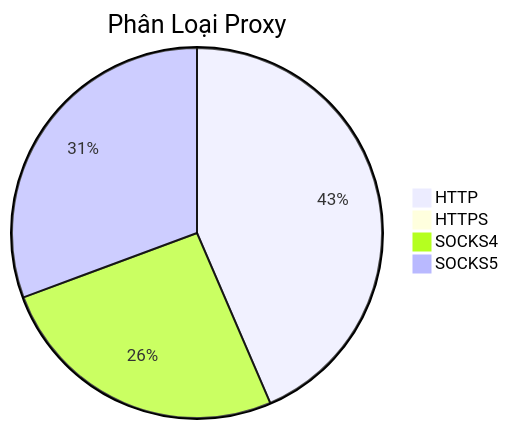
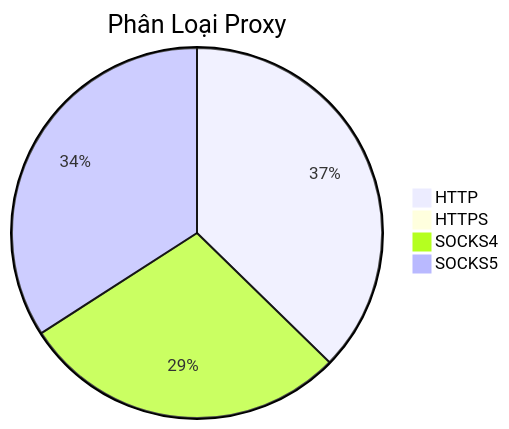
Before and after one commit to Ciara-12/PROXY-free: the diagram in README.md, drawn with Mermaid. The commit also changed other lines of this file and 4 other files, not shown here.

````diff
--- a/README.md
+++ b/README.md
@@ -26,7 +26,7 @@
 ```mermaid
 pie title Phân Loại Proxy
-    "HTTP" : 568
-    "HTTPS" : 1
-    "SOCKS4" : 337
-    "SOCKS5" : 400
+    "HTTP" : 407
+    "HTTPS" : 0
+    "SOCKS4" : 312
+    "SOCKS5" : 372
 ```
````
